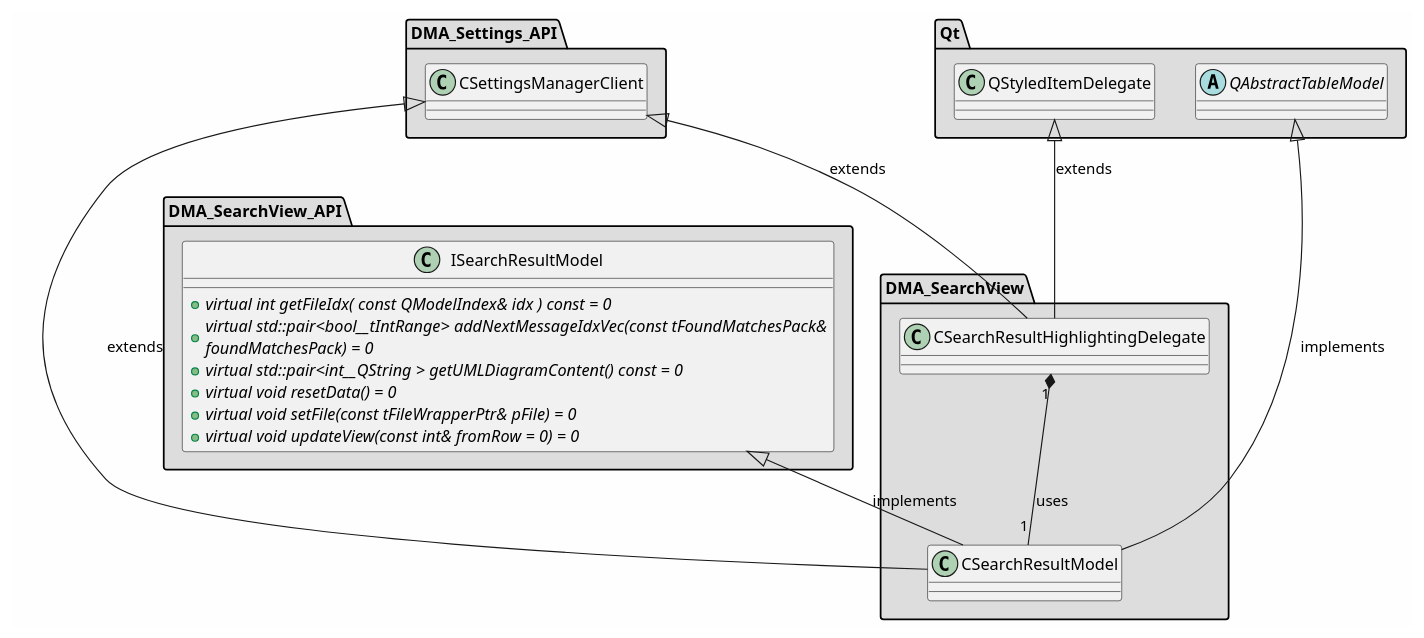
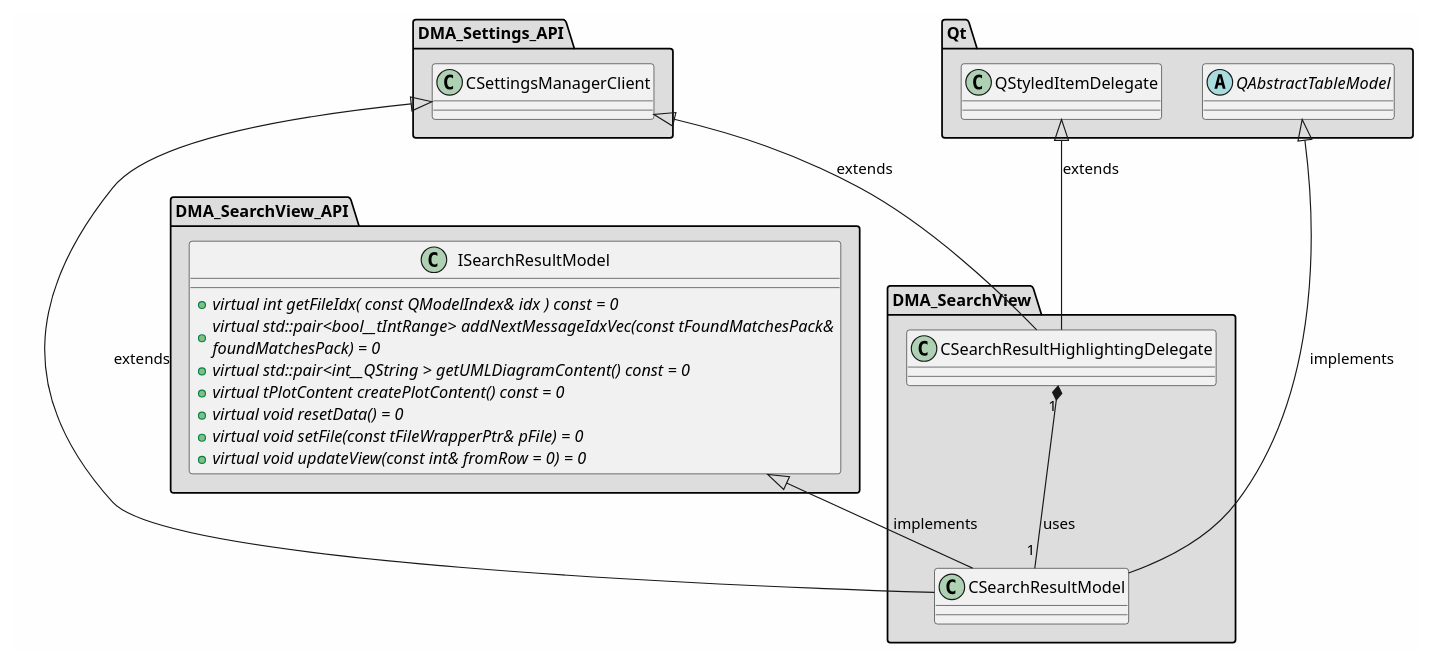
Before and after one commit to svlad-90/DLT-Message-Analyzer: the diagram in md/dev_docs/puml/DMA_SearchView_standalone.puml, drawn with PlantUML. The commit also changed 152 other files, not shown here.

First line of the commit message:
[ISSUE #151][DIAGRAM_VIEW] Develop the diagram view

```diff
--- a/md/dev_docs/puml/DMA_SearchView_standalone.puml
+++ b/md/dev_docs/puml/DMA_SearchView_standalone.puml
@@ -2,65 +2,66 @@
 @startuml
 
 skinparam backgroundColor #FEFEFE
 skinparam wrapWidth 600
 package "DMA_SearchView" #DDDDDD
 {
 
 class "CSearchResultHighlightingDelegate"
 {
 }
 
 class "CSearchResultModel"
 {
 }
 
 }
 
 package "DMA_SearchView_API" #DDDDDD
 {
 
 class "ISearchResultModel"
 {
     + {abstract} virtual int getFileIdx( const QModelIndex& idx ) const = 0
     + {abstract} virtual std::pair<bool__tIntRange> addNextMessageIdxVec(const tFoundMatchesPack& foundMatchesPack) = 0
     + {abstract} virtual std::pair<int__QString > getUMLDiagramContent() const = 0
+    + {abstract} virtual tPlotContent createPlotContent() const = 0
     + {abstract} virtual void resetData() = 0
     + {abstract} virtual void setFile(const tFileWrapperPtr& pFile) = 0
     + {abstract} virtual void updateView(const int& fromRow = 0) = 0
 }
 
 }
 
 package "DMA_Settings_API" #DDDDDD
 {
 
 class "CSettingsManagerClient"
 {
 }
 
 }
 
 package "Qt" #DDDDDD
 {
 
 abstract class "QAbstractTableModel"
 {
 }
 
 class "QStyledItemDelegate"
 {
 }
 
 }
 
 '====================Inheritance section====================
 CSettingsManagerClient <|-- CSearchResultHighlightingDelegate : extends
 QStyledItemDelegate <|-- CSearchResultHighlightingDelegate : extends
 CSettingsManagerClient <|-- CSearchResultModel : extends
 ISearchResultModel <|-- CSearchResultModel : implements
 QAbstractTableModel <|-- CSearchResultModel : implements
 
 '====================Dependencies section====================
 CSearchResultHighlightingDelegate "1" *-- "1" CSearchResultModel : uses
 
 @enduml
```
